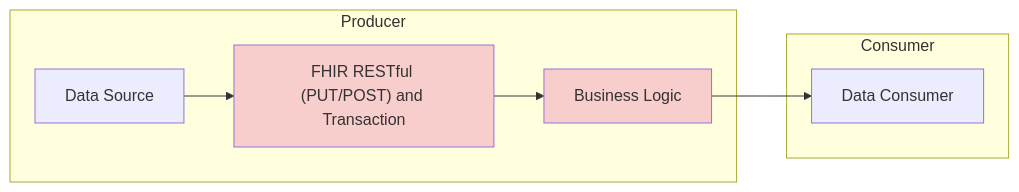
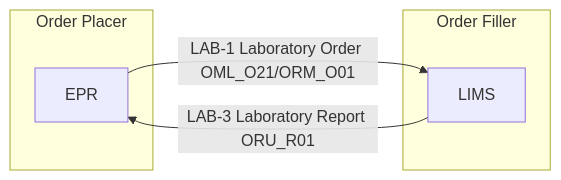
The second of 4 diagrams in input/pagecontent/exchange.md (nw-gmsa/nw-gmsa.github.com), drawn with Mermaid before and after one commit. The commit also changed other lines of this file, not shown here.

````diff
--- a/input/pagecontent/exchange.md
+++ b/input/pagecontent/exchange.md
@@ -267,24 +26,18 @@
 ```mermaid
-
 graph LR;
 
-subgraph Producer;
-    s[Data Source]
-     s --> rest["FHIR RESTful (PUT/POST) and Transaction"]
-    rB[Business Logic]
+ subgraph s[Order Placer];
+    EPR
+ end
 
-    rest --> rB
- 
-end 
+subgraph d[Order Filler];
+    LIMS
+end
 
-subgraph Consumer
+EPR --> |LAB-1 Laboratory Order OML_O21/ORM_O01| LIMS
+LIMS -->  |LAB-3 Laboratory Report ORU_R01| EPR
 
-    d[Data Consumer]
-end 
+classDef yellow fill:#FFF2CC;
 
-rB --> d
-
-classDef pink fill:#F8CECC
-
-class rest,rB pink
+class v2D,fMessage yellow
 ```
````
